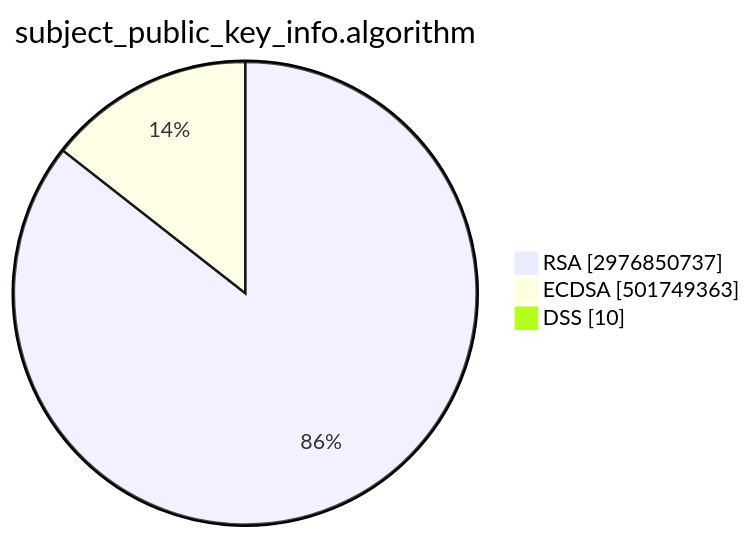
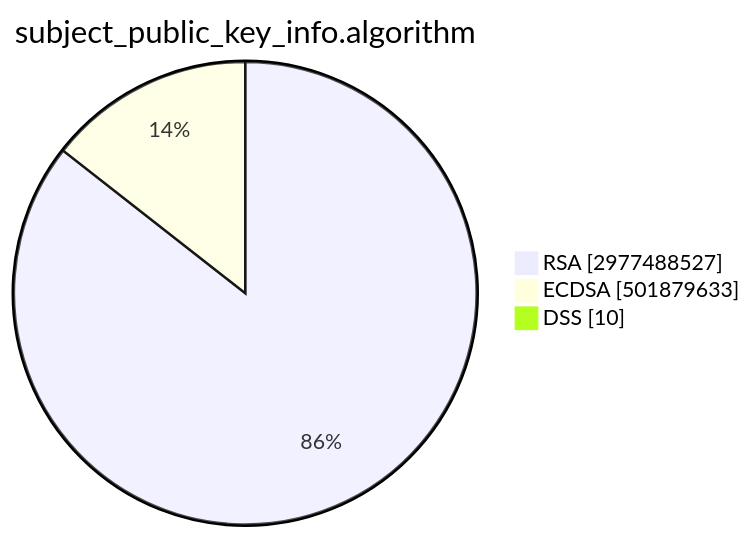
Before and after one commit to christiankrug/ctmonitor_visualization: the second of 15 diagrams in TOTAL/README.md, drawn with Mermaid. The commit also changed other lines of this file, not shown here.

````diff
--- a/TOTAL/README.md
+++ b/TOTAL/README.md
@@ -6,7 +6,7 @@
 ```mermaid
 pie showData
 title subject_public_key_info.algorithm
-"RSA" :2976850737
-"ECDSA" :501749363
+"RSA" :2977488527
+"ECDSA" :501879633
 "DSS" :10
 ```
````
